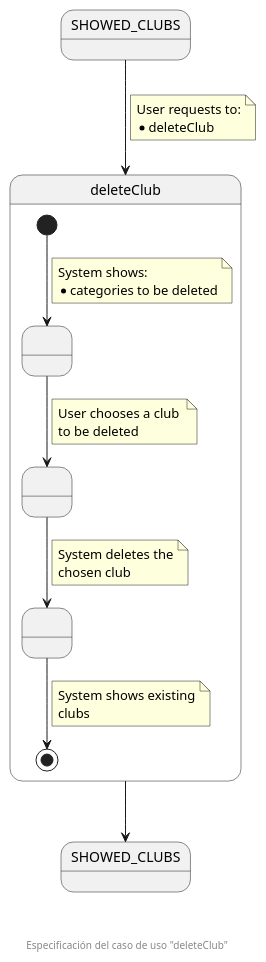
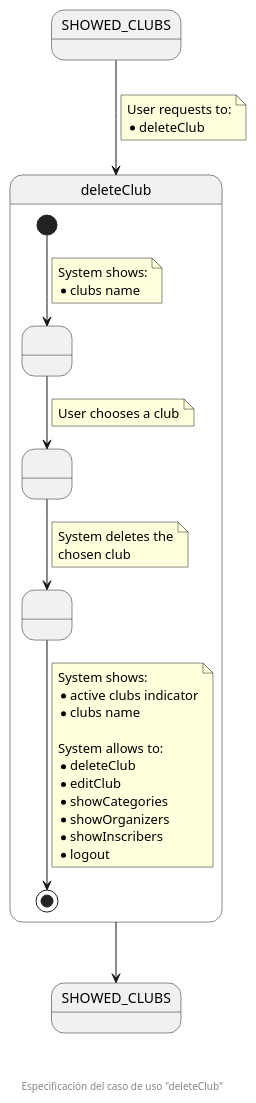
One commit to zuldare/mastercloud_pfm_halterocms changed the diagram in documentation/diagrams/1_requirements/3_useCasesSpecification/organizationSecretary/05_deleteClub.puml. Above: the diagram before and after it, drawn with PlantUML.

Commit message:
Improve deleteClub use case specification

```diff
--- a/documentation/diagrams/1_requirements/3_useCasesSpecification/organizationSecretary/05_deleteClub.puml
+++ b/documentation/diagrams/1_requirements/3_useCasesSpecification/organizationSecretary/05_deleteClub.puml
@@ -1,45 +1,53 @@
 @startuml
 state SHOWED_CLUBS
 
 state deleteClub {
   state " " as SHOWED_CLUBS_TO_BE_DELETED
   state " " as CHOSEN_CLUB
   state " " as CLUB_DELETED
 
   [*] --> SHOWED_CLUBS_TO_BE_DELETED
   note on link
     System shows:
-    * categories to be deleted
+    * clubs name
   end note
   
   SHOWED_CLUBS_TO_BE_DELETED --> CHOSEN_CLUB
   note on link
-    User chooses a club 
-    to be deleted
+    User chooses a club
   end note
 
   CHOSEN_CLUB --> CLUB_DELETED
   note on link
     System deletes the
     chosen club
   end note
 
   CLUB_DELETED --> [*]
   note on link
-    System shows existing
-    clubs
+    System shows:
+    * active clubs indicator
+    * clubs name
+
+    System allows to:
+    * deleteClub
+    * editClub
+    * showCategories
+    * showOrganizers
+    * showInscribers
+    * logout
   end note
 }
 
 state "SHOWED_CLUBS" as SHOWED_CLUBS_F
 
 SHOWED_CLUBS --> deleteClub
 note on link
   User requests to:
   * deleteClub
 end note
 
 deleteClub --> SHOWED_CLUBS_F
 
 footer \n\n\n Especificación del caso de uso "deleteClub"
 @enduml
```
